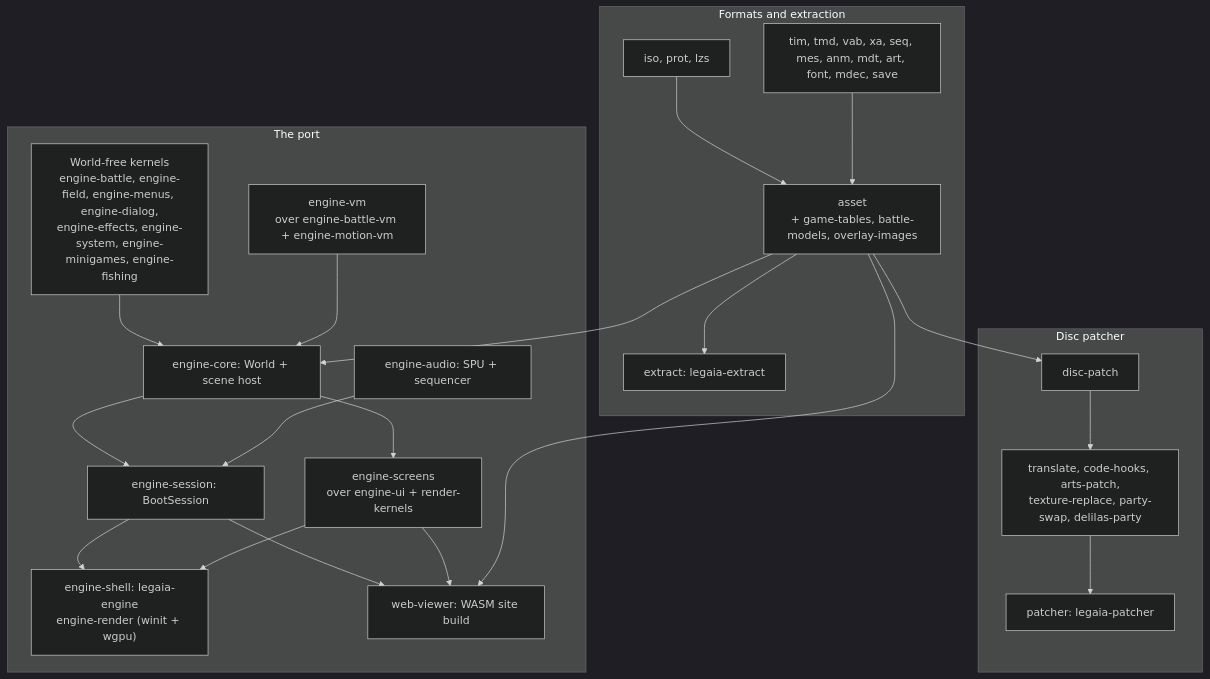
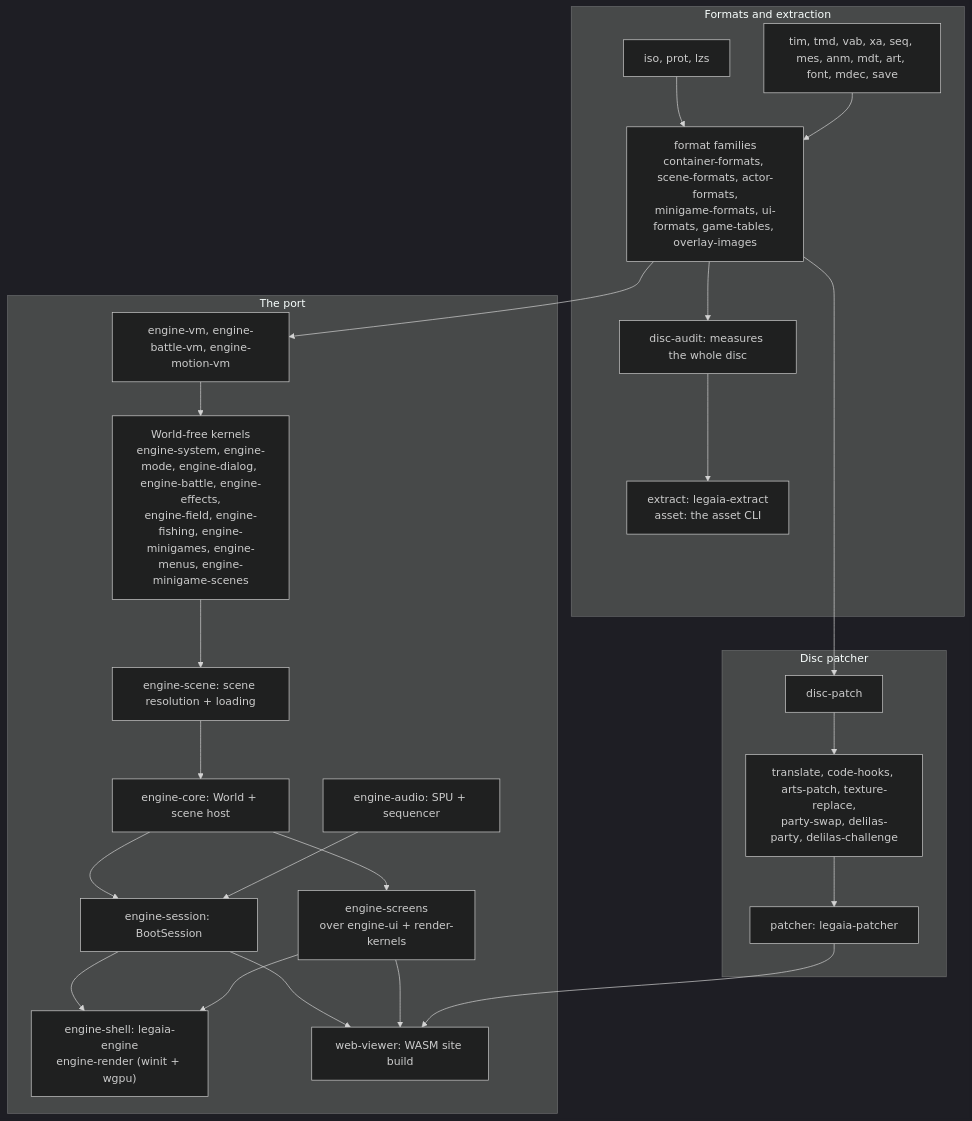
One commit to AndrewAltimit/legend-of-legaia-re changed the second of 2 diagrams in docs/overview.md. Above: the diagram before and after it, drawn with Mermaid (dark theme). The commit also changed other lines of this file and 4273 other files, not shown here.

````diff
--- a/docs/overview.md
+++ b/docs/overview.md
@@ -80,39 +80,42 @@
 ```mermaid
 flowchart TD
     subgraph formats["Formats and extraction"]
         container["iso, prot, lzs"]
-        hub["asset<br/>+ game-tables, battle-models, overlay-images"]
+        hub["format families<br/>container-formats, scene-formats, actor-formats,<br/>minigame-formats, ui-formats, game-tables, overlay-images"]
         perfmt["tim, tmd, vab, xa, seq, mes, anm, mdt, art, font, mdec, save"]
-        extract["extract: legaia-extract"]
-        container --> hub --> extract
+        audit["disc-audit: measures the whole disc"]
+        extract["extract: legaia-extract<br/>asset: the asset CLI"]
+        container --> hub --> audit --> extract
         perfmt --> hub
     end
     subgraph port["The port"]
-        kernels["World-free kernels<br/>engine-battle, engine-field, engine-menus, engine-dialog,<br/>engine-effects, engine-system, engine-minigames, engine-fishing"]
-        vm["engine-vm<br/>over engine-battle-vm + engine-motion-vm"]
+        vm["engine-vm, engine-battle-vm, engine-motion-vm"]
+        kernels["World-free kernels<br/>engine-system, engine-mode, engine-dialog, engine-battle, engine-effects,<br/>engine-field, engine-fishing, engine-minigames, engine-menus, engine-minigame-scenes"]
+        scene["engine-scene: scene resolution + loading"]
         core["engine-core: World + scene host"]
         audio["engine-audio: SPU + sequencer"]
         session["engine-session: BootSession"]
         present["engine-screens<br/>over engine-ui + render-kernels"]
         native["engine-shell: legaia-engine<br/>engine-render (winit + wgpu)"]
         web["web-viewer: WASM site build"]
-        kernels --> core
-        vm --> core
+        vm --> kernels
+        kernels --> scene
+        scene --> core
         core --> session
         audio --> session
         core --> present
         session --> native
         session --> web
         present --> native
         present --> web
     end
     subgraph mod["Disc patcher"]
         dp["disc-patch"]
-        layers["translate, code-hooks, arts-patch,<br/>texture-replace, party-swap, delilas-party"]
+        layers["translate, code-hooks, arts-patch, texture-replace,<br/>party-swap, delilas-party, delilas-challenge"]
         patcher["patcher: legaia-patcher"]
         dp --> layers --> patcher
     end
-    hub --> core
+    hub --> vm
     hub --> dp
-    hub --> web
+    patcher --> web
 ```
````
